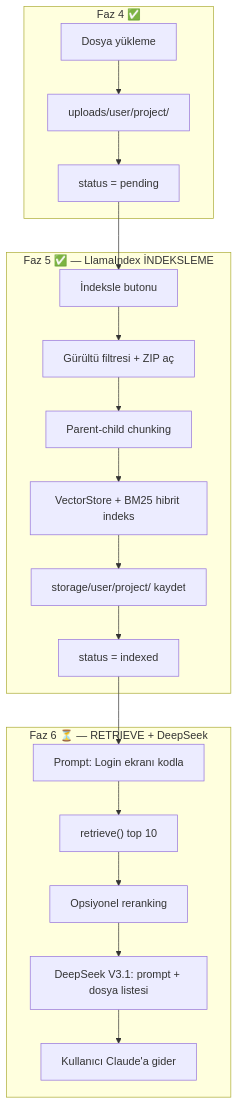
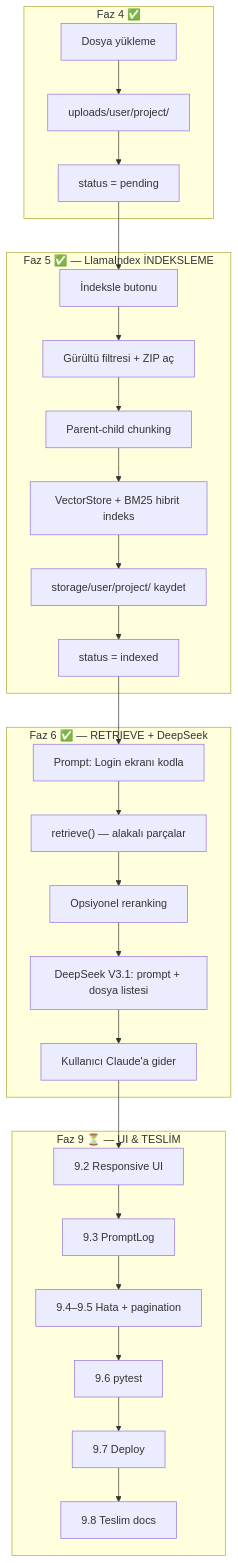
Before and after one commit to eferecep/ContextCraft: the diagram in cursor.md, drawn with Mermaid. The commit also changed other lines of this file and 7 other files, not shown here.

````diff
--- a/cursor.md
+++ b/cursor.md
@@ -289,25 +496,34 @@
 ```mermaid
 flowchart TD
     subgraph faz4 ["Faz 4 ✅"]
         A1[Dosya yükleme] --> A2["uploads/user/project/"]
         A2 --> A3["status = pending"]
     end
 
     subgraph faz5 ["Faz 5 ✅ — LlamaIndex İNDEKSLEME"]
         B1[İndeksle butonu] --> B2[Gürültü filtresi + ZIP aç]
         B2 --> B3[Parent-child chunking]
         B3 --> B4[VectorStore + BM25 hibrit indeks]
         B4 --> B5["storage/user/project/ kaydet"]
         B5 --> B6["status = indexed"]
     end
 
-    subgraph faz6 ["Faz 6 ⏳ — RETRIEVE + DeepSeek"]
-        C1["Prompt: Login ekranı kodla"] --> C2["retrieve() top 10"]
+    subgraph faz6 ["Faz 6 ✅ — RETRIEVE + DeepSeek"]
+        C1["Prompt: Login ekranı kodla"] --> C2["retrieve() — alakalı parçalar"]
         C2 --> C3["Opsiyonel reranking"]
         C3 --> C4["DeepSeek V3.1: prompt + dosya listesi"]
         C4 --> C5[Kullanıcı Claude'a gider]
     end
 
+    subgraph faz9 ["Faz 9 ⏳ — UI & TESLİM"]
+        D1[9.2 Responsive UI] --> D2[9.3 PromptLog]
+        D2 --> D3[9.4–9.5 Hata + pagination]
+        D3 --> D4[9.6 pytest]
+        D4 --> D5[9.7 Deploy]
+        D5 --> D6[9.8 Teslim docs]
+    end
+
     A3 --> B1
     B6 --> C1
+    C5 --> D1
 ```
````
